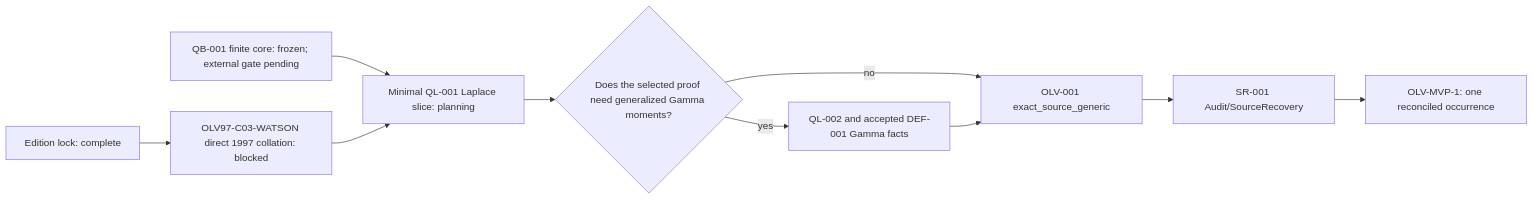
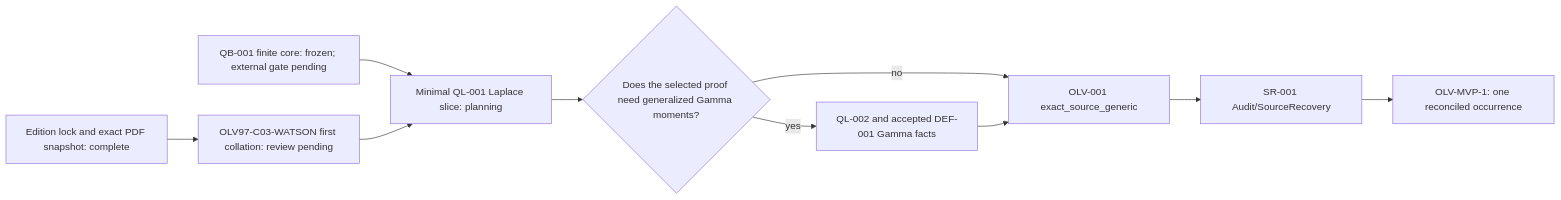
Before and after one commit to jaumededios/LMLF: the third of 3 diagrams in blueprint/dependency_graph.md, drawn with Mermaid. The commit also changed other lines of this file and 28 other files, not shown here.

````diff
--- a/blueprint/dependency_graph.md
+++ b/blueprint/dependency_graph.md
@@ -105,12 +105,12 @@
 ```mermaid
 flowchart LR
-  LOCK["Edition lock: complete"] --> COL["OLV97-C03-WATSON direct 1997 collation: blocked"]
+  LOCK["Edition lock and exact PDF snapshot: complete"] --> COL["OLV97-C03-WATSON first collation: review pending"]
   QB["QB-001 finite core: frozen; external gate pending"] --> QL["Minimal QL-001 Laplace slice: planning"]
   COL --> QL
   QL --> NEED{"Does the selected proof need generalized Gamma moments?"}
   NEED -- "no" --> OLV["OLV-001 exact_source_generic"]
   NEED -- "yes" --> GAM["QL-002 and accepted DEF-001 Gamma facts"]
   GAM --> OLV
   OLV --> SR["SR-001 Audit/SourceRecovery"]
   SR --> MVP["OLV-MVP-1: one reconciled occurrence"]
 ```
````
